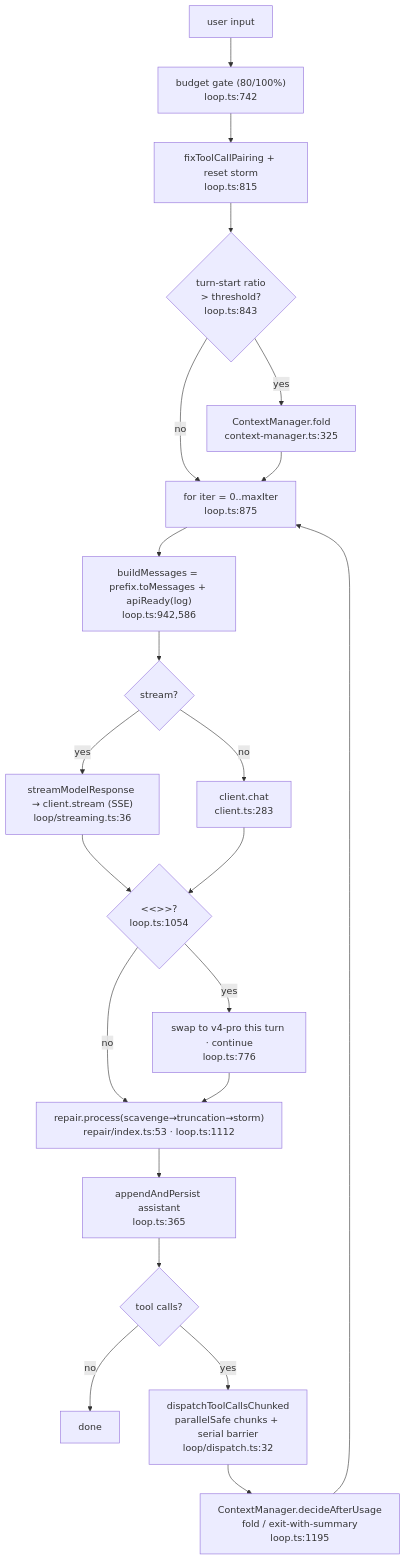
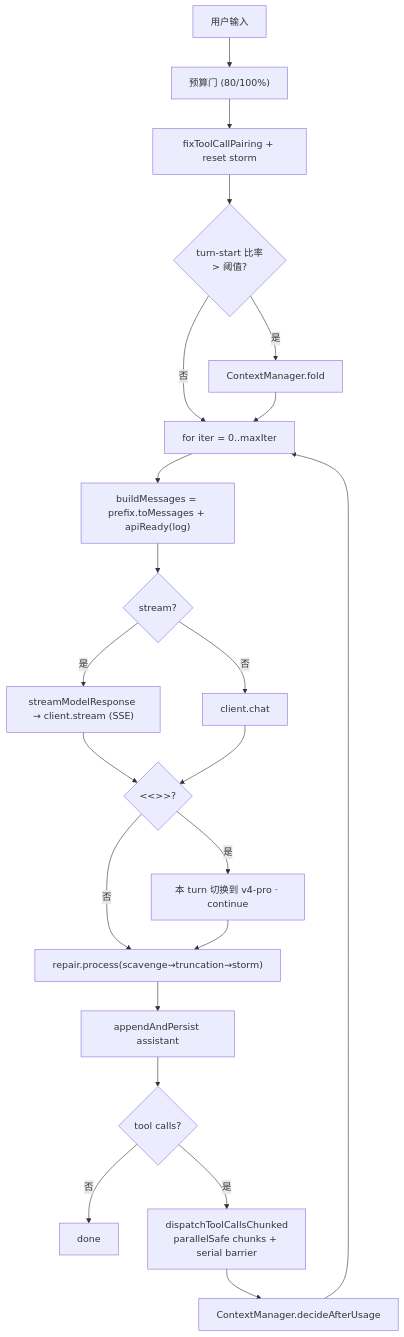
Before and after one commit to Zehee/Reasonix-Code: the fifth of 7 diagrams in docs/flow-overview.md, drawn with Mermaid. The commit also changed other lines of this file and 10 other files, not shown here.

````diff
--- a/docs/flow-overview.md
+++ b/docs/flow-overview.md
@@ -180,25 +174,25 @@
 ```mermaid
 flowchart TD
-    IN["user input"] --> GATE["budget gate (80/100%)<br/>loop.ts:742"]
-    GATE --> HEAL["fixToolCallPairing + reset storm<br/>loop.ts:815"]
-    HEAL --> FOLD0{"turn-start ratio<br/>> threshold?<br/>loop.ts:843"}
-    FOLD0 -- yes --> FOLD1["ContextManager.fold<br/>context-manager.ts:325"]
-    FOLD0 -- no --> ITER
-    FOLD1 --> ITER["for iter = 0..maxIter<br/>loop.ts:875"]
+    IN["用户输入"] --> GATE["预算门 (80/100%)"]
+    GATE --> HEAL["fixToolCallPairing + reset storm"]
+    HEAL --> FOLD0{"turn-start 比率<br/>> 阈值?"}
+    FOLD0 -- 是 --> FOLD1["ContextManager.fold"]
+    FOLD0 -- 否 --> ITER
+    FOLD1 --> ITER["for iter = 0..maxIter"]
 
-    ITER --> BUILD["buildMessages = prefix.toMessages + apiReady(log)<br/>loop.ts:942,586"]
+    ITER --> BUILD["buildMessages = prefix.toMessages + apiReady(log)"]
     BUILD --> CALL{"stream?"}
-    CALL -- yes --> SSE["streamModelResponse → client.stream (SSE)<br/>loop/streaming.ts:36"]
-    CALL -- no --> CHAT2["client.chat<br/>client.ts:283"]
-    SSE --> PRO{"<<<NEEDS_PRO>>>?<br/>loop.ts:1054"}
+    CALL -- 是 --> SSE["streamModelResponse → client.stream (SSE)"]
+    CALL -- 否 --> CHAT2["client.chat"]
+    SSE --> PRO{"<<<NEEDS_PRO>>>?"}
     CHAT2 --> PRO
-    PRO -- yes --> ESC["swap to v4-pro this turn · continue<br/>loop.ts:776"]
-    PRO -- no --> REPAIR
-    ESC --> REPAIR["repair.process(scavenge→truncation→storm)<br/>repair/index.ts:53 · loop.ts:1112"]
-    REPAIR --> PERSIST["appendAndPersist assistant<br/>loop.ts:365"]
+    PRO -- 是 --> ESC["本 turn 切换到 v4-pro · continue"]
+    PRO -- 否 --> REPAIR
+    ESC --> REPAIR["repair.process(scavenge→truncation→storm)"]
+    REPAIR --> PERSIST["appendAndPersist assistant"]
     PERSIST --> CALLS{"tool calls?"}
-    CALLS -- no --> DONE["done"]
-    CALLS -- yes --> DISPATCH["dispatchToolCallsChunked<br/>parallelSafe chunks + serial barrier<br/>loop/dispatch.ts:32"]
-    DISPATCH --> AFTER["ContextManager.decideAfterUsage<br/>fold / exit-with-summary<br/>loop.ts:1195"]
+    CALLS -- 否 --> DONE["done"]
+    CALLS -- 是 --> DISPATCH["dispatchToolCallsChunked<br/>parallelSafe chunks + serial barrier"]
+    DISPATCH --> AFTER["ContextManager.decideAfterUsage"]
     AFTER --> ITER
 ```
````
